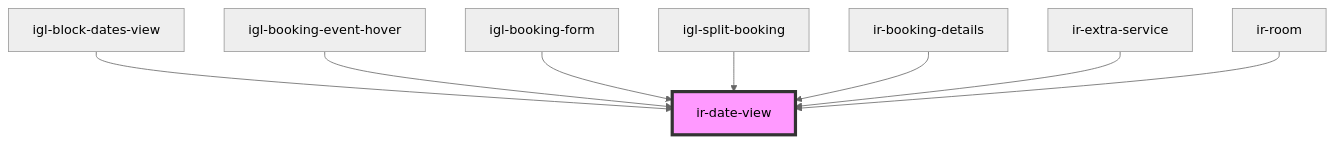
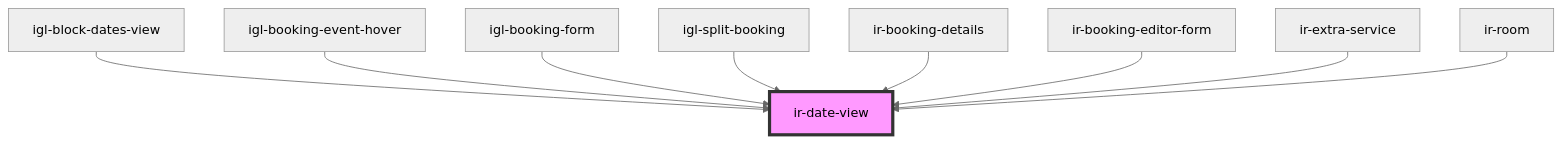
Before and after one commit to David1Chowaifaty/modified-ir-webcmp: the diagram in src/components/ir-date-view/readme.md, drawn with Mermaid (neutral theme). The commit also changed other lines of this file and 56 other files, not shown here.

First line of the commit message:
Enhance IrBookingEditor and related components with new validation and input handling

````diff
--- a/src/components/ir-date-view/readme.md
+++ b/src/components/ir-date-view/readme.md
@@ -31,11 +32,12 @@
 ```mermaid
 graph TD;
   igl-block-dates-view --> ir-date-view
   igl-booking-event-hover --> ir-date-view
   igl-booking-form --> ir-date-view
   igl-split-booking --> ir-date-view
   ir-booking-details --> ir-date-view
+  ir-booking-editor-form --> ir-date-view
   ir-extra-service --> ir-date-view
   ir-room --> ir-date-view
   style ir-date-view fill:#f9f,stroke:#333,stroke-width:4px
 ```
````
